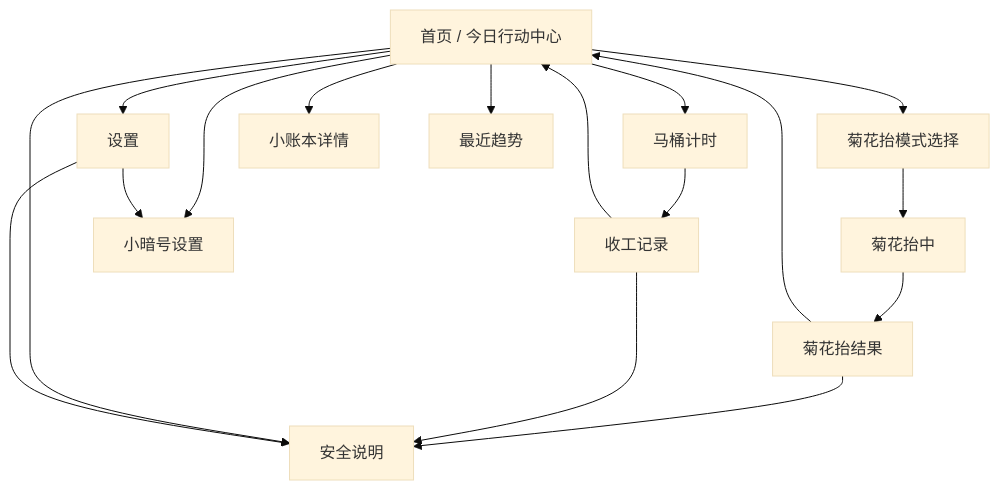
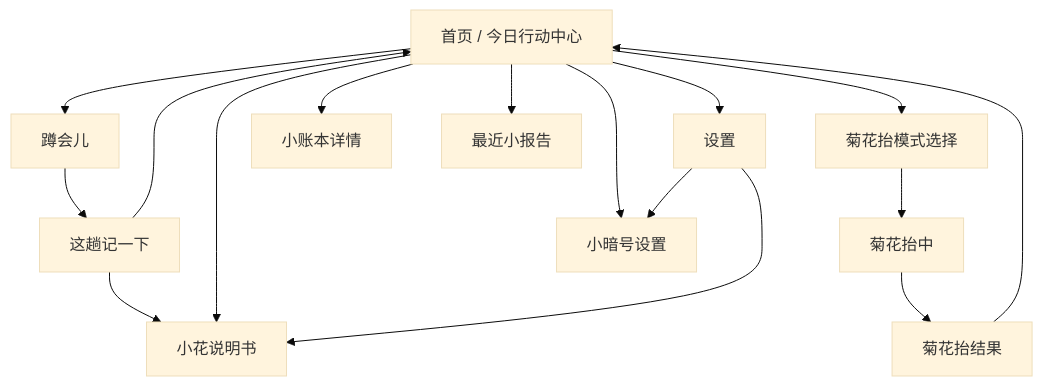
The diagram in docs/ui-interaction-design.md (KexQiu/GangGangGo), drawn with Mermaid (base theme) before and after one commit. The commit also changed other lines of this file and 5 other files, not shown here.

````diff
--- a/docs/ui-interaction-design.md
+++ b/docs/ui-interaction-design.md
@@ -121,31 +34,30 @@
 ```mermaid
 flowchart TD
   Home["首页 / 今日行动中心"]
   Settings["设置"]
   Training["菊花抬模式选择"]
   TrainingSession["菊花抬中"]
   TrainingComplete["菊花抬结果"]
-  Toilet["马桶计时"]
-  ToiletComplete["收工记录"]
+  Toilet["蹲会儿"]
+  ToiletComplete["这趟记一下"]
   Habits["小账本详情"]
   Reminders["小暗号设置"]
-  Safety["安全说明"]
-  Trends["最近趋势"]
+  Safety["小花说明书"]
+  Trends["最近小报告"]
 
   Home --> Settings
   Home --> Training
   Training --> TrainingSession
   TrainingSession --> TrainingComplete
   TrainingComplete --> Home
-  TrainingComplete --> Safety
   Home --> Toilet
   Toilet --> ToiletComplete
   ToiletComplete --> Home
   ToiletComplete --> Safety
   Home --> Habits
   Home --> Reminders
   Home --> Safety
   Home --> Trends
   Settings --> Reminders
   Settings --> Safety
 ```
````
